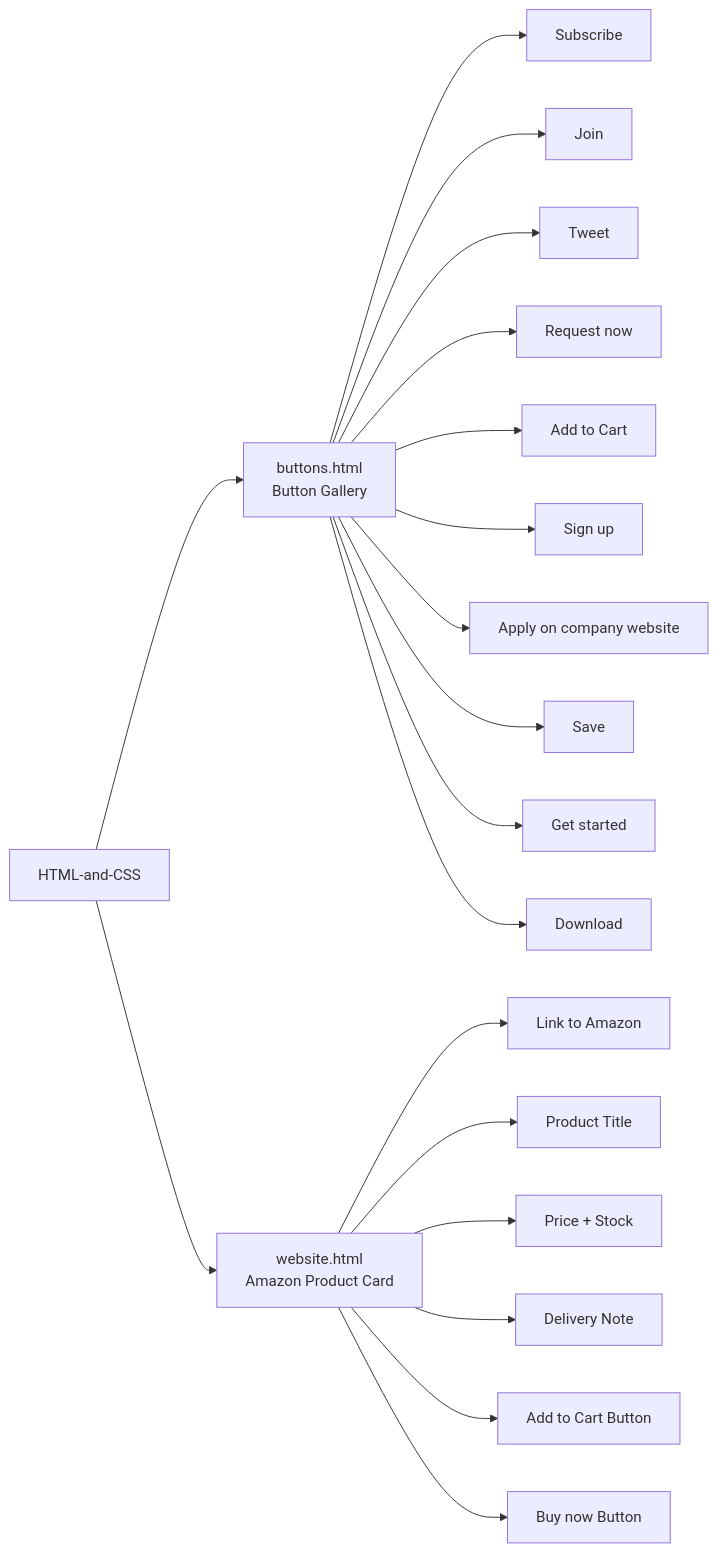
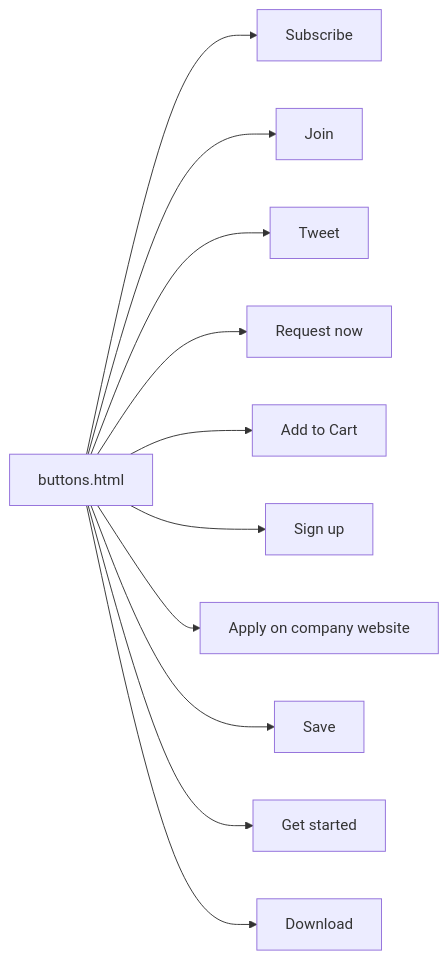
The third of 12 diagrams in README.md (Betha-hemanth/HTML-and-CSS), drawn with Mermaid before and after one commit. The commit also changed other lines of this file, not shown here.

````diff
--- a/README.md
+++ b/README.md
@@ -28,23 +126,13 @@
 ```mermaid
 flowchart LR
-    Repo["HTML-and-CSS"] --> A["buttons.html\nButton Gallery"]
-    Repo --> B["website.html\nAmazon Product Card"]
-
-    A --> A1[Subscribe]
-    A --> A2[Join]
-    A --> A3[Tweet]
-    A --> A4[Request now]
-    A --> A5[Add to Cart]
-    A --> A6[Sign up]
-    A --> A7[Apply on company website]
-    A --> A8[Save]
-    A --> A9[Get started]
-    A --> A10[Download]
-
-    B --> B1[Link to Amazon]
-    B --> B2[Product Title]
-    B --> B3[Price + Stock]
-    B --> B4[Delivery Note]
-    B --> B5["Add to Cart" Button]
-    B --> B6["Buy now" Button]
+    A["buttons.html"] --> B["Subscribe"]
+    A --> C["Join"]
+    A --> D["Tweet"]
+    A --> E["Request now"]
+    A --> F["Add to Cart"]
+    A --> G["Sign up"]
+    A --> H["Apply on company website"]
+    A --> I["Save"]
+    A --> J["Get started"]
+    A --> K["Download"]
 ```
````
